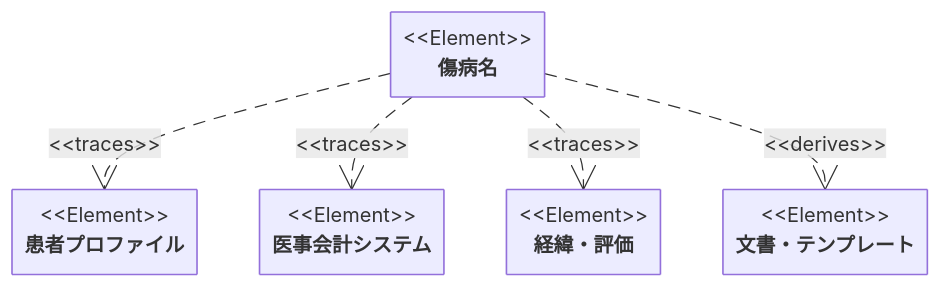
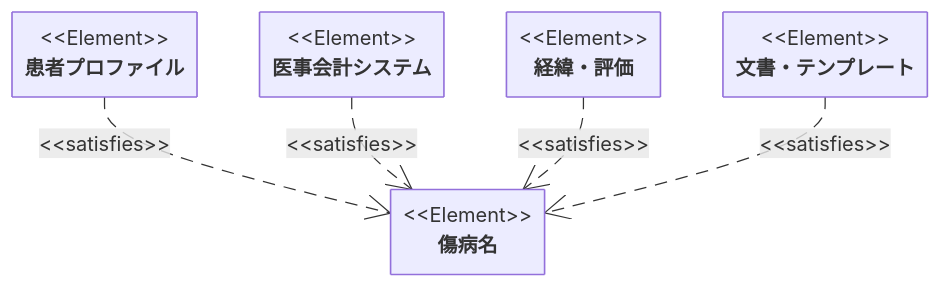
One commit to aimerzarashi/clinic-system-design changed the diagram in 傷病名/README.md. Above: the diagram before and after it, drawn with Mermaid. The commit also changed 5 other files, not shown here.

````diff
--- a/傷病名/README.md
+++ b/傷病名/README.md
@@ -3,23 +3,23 @@
 ```mermaid
 requirementDiagram
 
   element "傷病名" {
   }
 
   element "患者プロファイル" {
   }
 
   element "医事会計システム" {
   }
 
   element "経緯・評価" {
   }
 
   element "文書・テンプレート" {
   }
 
-  "傷病名" - traces -> "患者プロファイル"
-  "傷病名" - traces -> "医事会計システム"
-  "傷病名" - traces -> "経緯・評価"
-  "傷病名" - derives -> "文書・テンプレート"
+  "傷病名" <- satisfies - "患者プロファイル"
+  "傷病名" <- satisfies - "医事会計システム"
+  "傷病名" <- satisfies - "経緯・評価"
+  "傷病名" <- satisfies - "文書・テンプレート"
 ```
````
